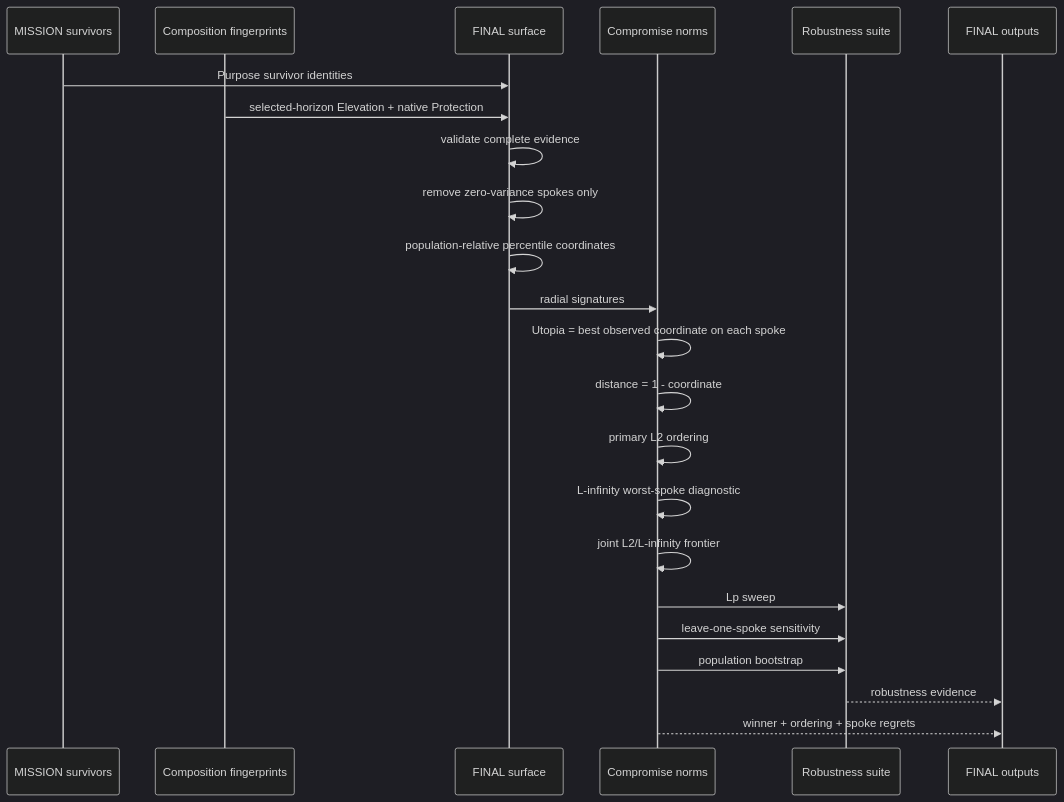
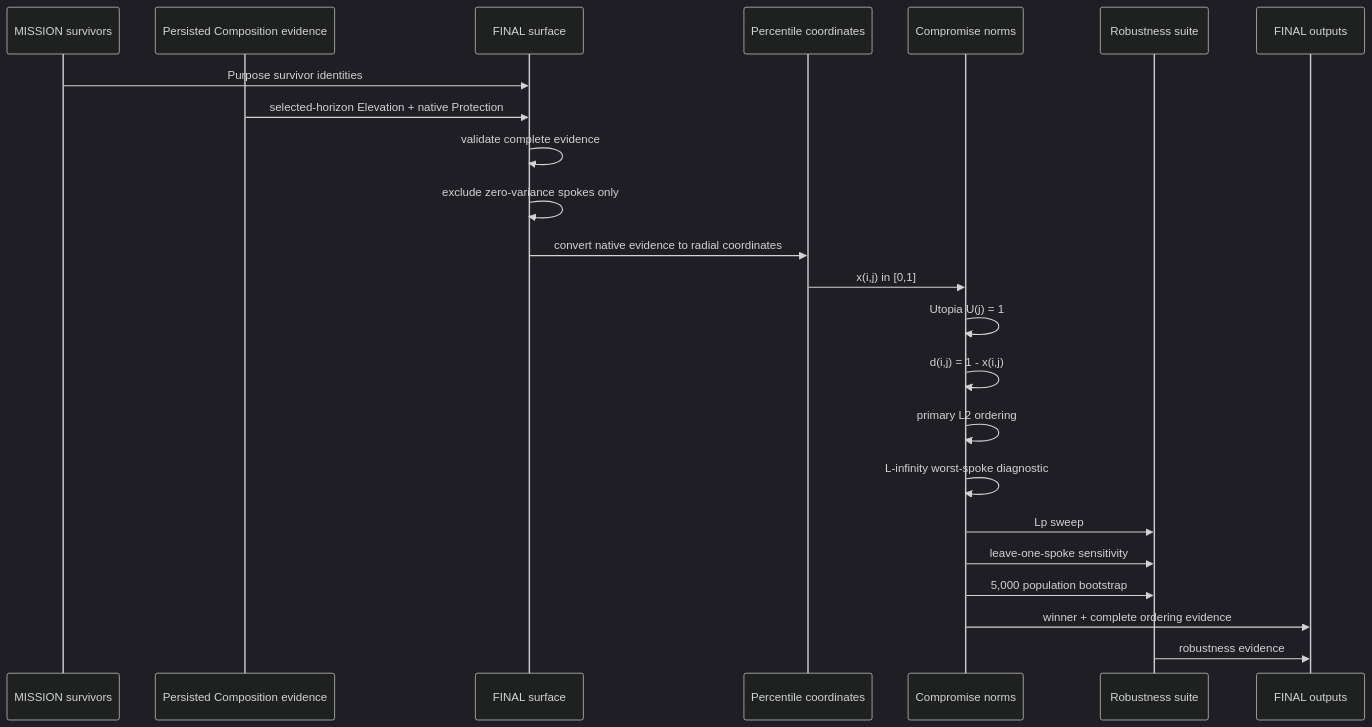
One commit to rrajeshkannan/lakshya changed the sixth of 6 diagrams in docs/Lakshya_Pipeline_Sequence.md. Above: the diagram before and after it, drawn with Mermaid (dark theme). The commit also changed other lines of this file, not shown here.

````diff
--- a/docs/Lakshya_Pipeline_Sequence.md
+++ b/docs/Lakshya_Pipeline_Sequence.md
@@ -171,26 +241,26 @@
 ```mermaid
 sequenceDiagram
     participant Mission as MISSION survivors
-    participant Fingerprint as Composition fingerprints
+    participant Evidence as Persisted Composition evidence
     participant Surface as FINAL surface
-    participant Norm as Compromise norms
+    participant Coordinates as Percentile coordinates
+    participant Norms as Compromise norms
     participant Robust as Robustness suite
     participant Output as FINAL outputs
 
     Mission->>Surface: Purpose survivor identities
-    Fingerprint->>Surface: selected-horizon Elevation + native Protection
+    Evidence->>Surface: selected-horizon Elevation + native Protection
     Surface->>Surface: validate complete evidence
-    Surface->>Surface: remove zero-variance spokes only
-    Surface->>Surface: population-relative percentile coordinates
-    Surface->>Norm: radial signatures
-    Norm->>Norm: Utopia = best observed coordinate on each spoke
-    Norm->>Norm: distance = 1 - coordinate
-    Norm->>Norm: primary L2 ordering
-    Norm->>Norm: L-infinity worst-spoke diagnostic
-    Norm->>Norm: joint L2/L-infinity frontier
-    Norm->>Robust: Lp sweep
-    Norm->>Robust: leave-one-spoke sensitivity
-    Norm->>Robust: population bootstrap
-    Robust-->>Output: robustness evidence
-    Norm-->>Output: winner + ordering + spoke regrets
+    Surface->>Surface: exclude zero-variance spokes only
+    Surface->>Coordinates: convert native evidence to radial coordinates
+    Coordinates->>Norms: x(i,j) in [0,1]
+    Norms->>Norms: Utopia U(j) = 1
+    Norms->>Norms: d(i,j) = 1 - x(i,j)
+    Norms->>Norms: primary L2 ordering
+    Norms->>Norms: L-infinity worst-spoke diagnostic
+    Norms->>Robust: Lp sweep
+    Norms->>Robust: leave-one-spoke sensitivity
+    Norms->>Robust: 5,000 population bootstrap
+    Norms->>Output: winner + complete ordering evidence
+    Robust->>Output: robustness evidence
 ```
````
